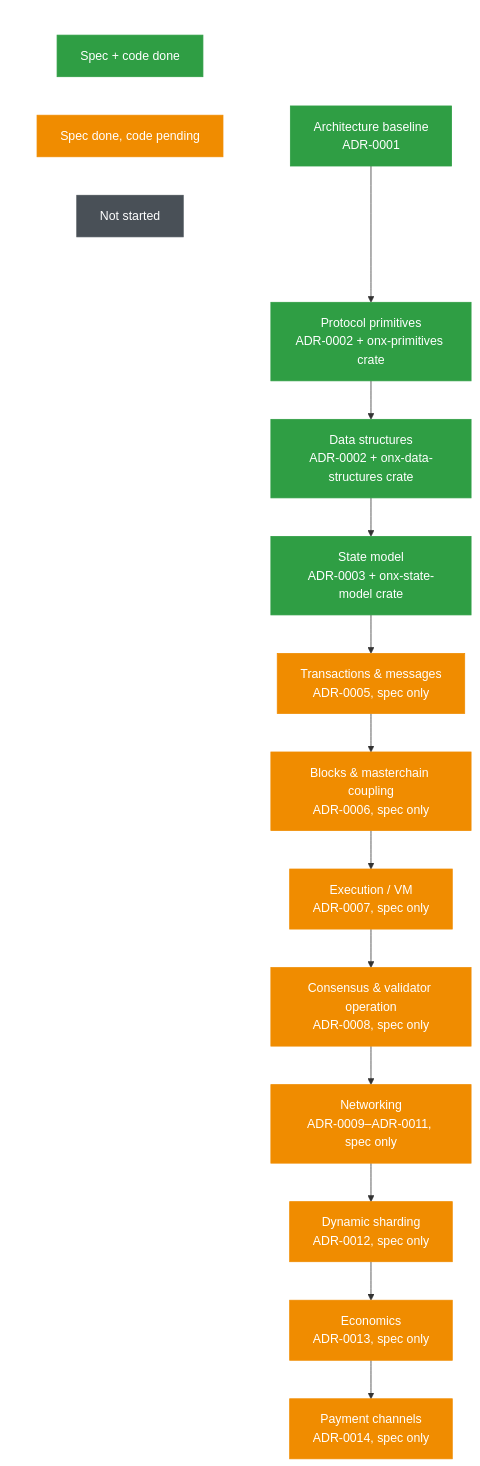
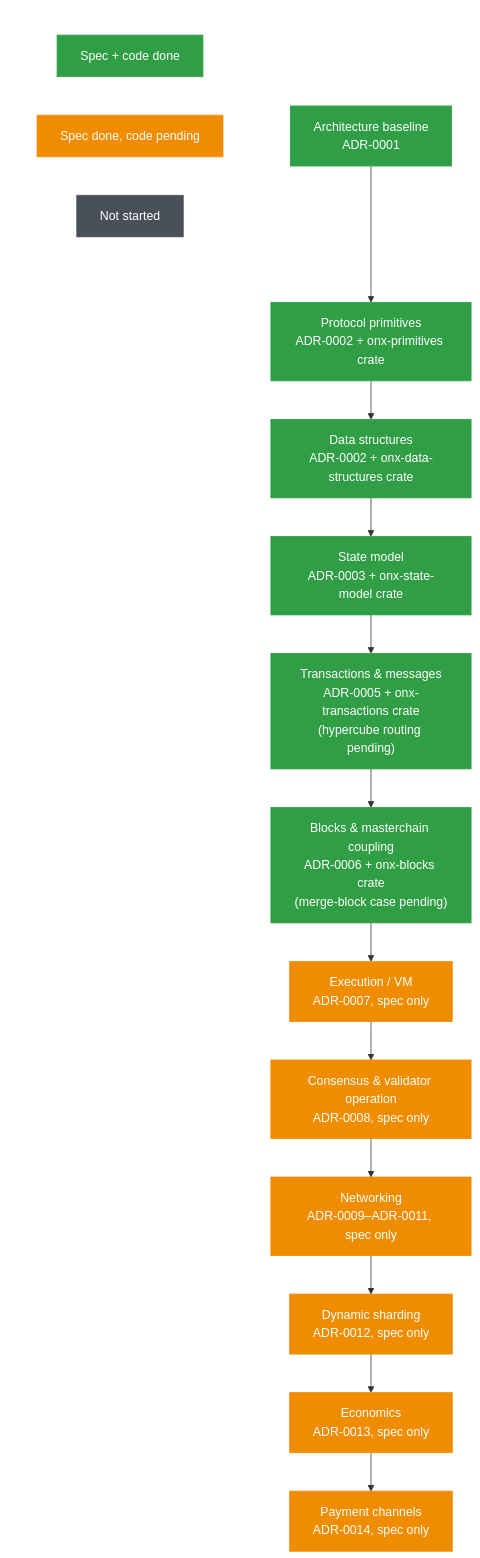
The diagram in README.md (polkkimono-svg/The-Open-Network-X), drawn with Mermaid before and after one commit. The commit also changed other lines of this file and 31 other files, not shown here.

````diff
--- a/README.md
+++ b/README.md
@@ -103,29 +103,29 @@
 ```mermaid
 flowchart TD
     subgraph Legend[" "]
         direction LR
         L1["Spec + code done"]:::done
         L2["Spec done, code pending"]:::specOnly
         L3["Not started"]:::todo
     end
 
     A["Architecture baseline<br/>ADR-0001"]:::done
     B["Protocol primitives<br/>ADR-0002 + onx-primitives crate"]:::done
     C["Data structures<br/>ADR-0002 + onx-data-structures crate"]:::done
     D["State model<br/>ADR-0003 + onx-state-model crate"]:::done
-    E["Transactions & messages<br/>ADR-0005, spec only"]:::specOnly
-    F["Blocks & masterchain coupling<br/>ADR-0006, spec only"]:::specOnly
+    E["Transactions & messages<br/>ADR-0005 + onx-transactions crate<br/>(hypercube routing pending)"]:::done
+    F["Blocks & masterchain coupling<br/>ADR-0006 + onx-blocks crate<br/>(merge-block case pending)"]:::done
     G["Execution / VM<br/>ADR-0007, spec only"]:::specOnly
     H["Consensus & validator operation<br/>ADR-0008, spec only"]:::specOnly
     I["Networking<br/>ADR-0009–ADR-0011, spec only"]:::specOnly
     J["Dynamic sharding<br/>ADR-0012, spec only"]:::specOnly
     K["Economics<br/>ADR-0013, spec only"]:::specOnly
     L["Payment channels<br/>ADR-0014, spec only"]:::specOnly
 
     A --> B --> C --> D --> E --> F --> G --> H --> I --> J --> K --> L
 
     classDef done fill:#2f9e44,stroke:#2f9e44,color:#fff
     classDef specOnly fill:#f08c00,stroke:#f08c00,color:#fff
     classDef todo fill:#495057,stroke:#495057,color:#fff
     style Legend fill:transparent,stroke:transparent
 ```
````
